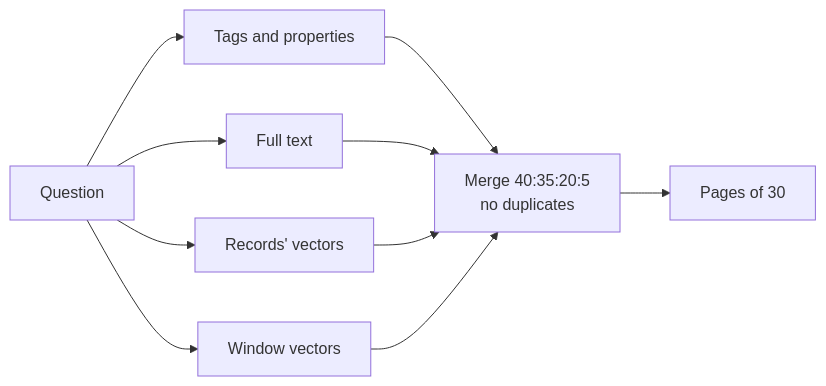
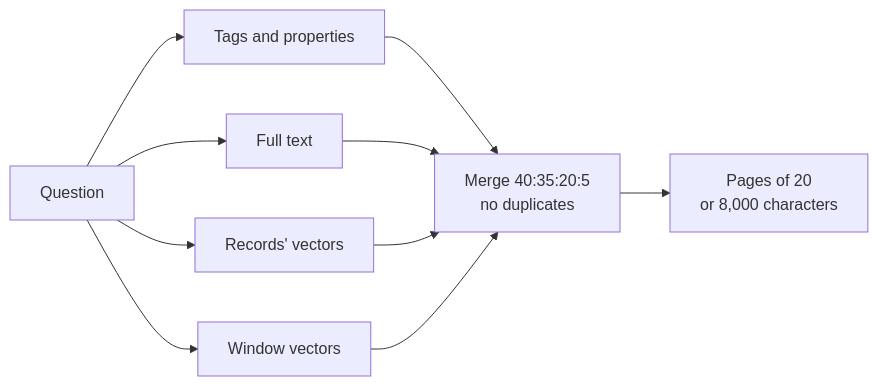
One commit to everythingmemory/home changed the diagram in docs/architecture/how-search-ranks-results.md. Above: the diagram before and after it, drawn with Mermaid. The commit also changed other lines of this file and 17 other files, not shown here.

````diff
--- a/docs/architecture/how-search-ranks-results.md
+++ b/docs/architecture/how-search-ranks-results.md
@@ -26,12 +26,12 @@
 ```mermaid
 flowchart LR
   q["Question"] --> t["Tags and properties"]
   q --> f["Full text"]
   q --> v["Records' vectors"]
   q --> w["Window vectors"]
   t --> m["Merge 40:35:20:5<br/>no duplicates"]
   f --> m
   v --> m
   w --> m
-  m --> p["Pages of 30"]
+  m --> p["Pages of 20<br/>or 8,000 characters"]
 ```
````
